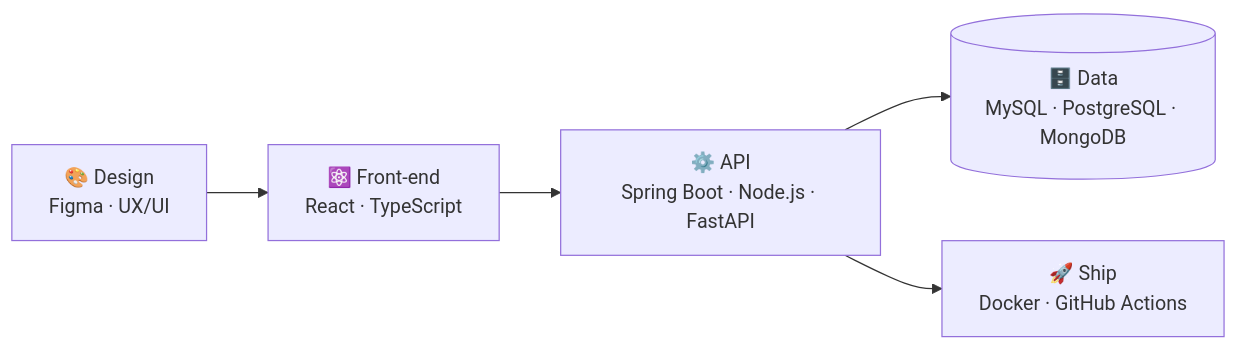
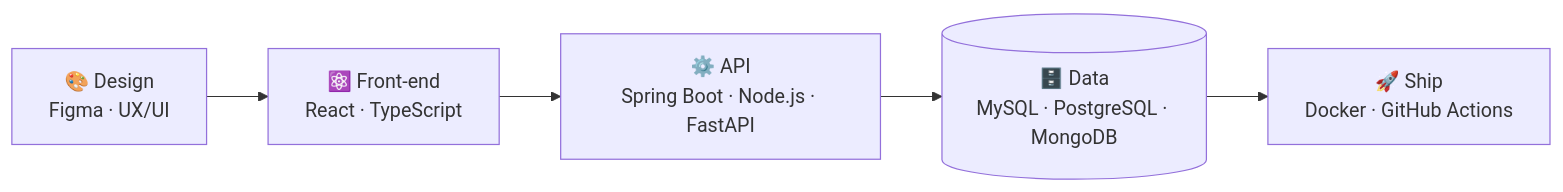
Before and after one commit to caiopa22/caiopa22: the first of 4 diagrams in README.md, drawn with Mermaid.

Commit message:
Revise README for clarity and updated content
Updated README.md to enhance personal profile and project descriptions.

````diff
--- a/README.md
+++ b/README.md
@@ -26,7 +26,7 @@
 ```mermaid
 flowchart LR
     A["🎨 Design<br/>Figma · UX/UI"] --> B["⚛️ Front-end<br/>React · TypeScript"]
     B --> C["⚙️ API<br/>Spring Boot · Node.js · FastAPI"]
     C --> D[("🗄️ Data<br/>MySQL · PostgreSQL · MongoDB")]
-    C --> E["🚀 Ship<br/>Docker · GitHub Actions"]
+    D --> E["🚀 Ship<br/>Docker · GitHub Actions"]
 ```
````
